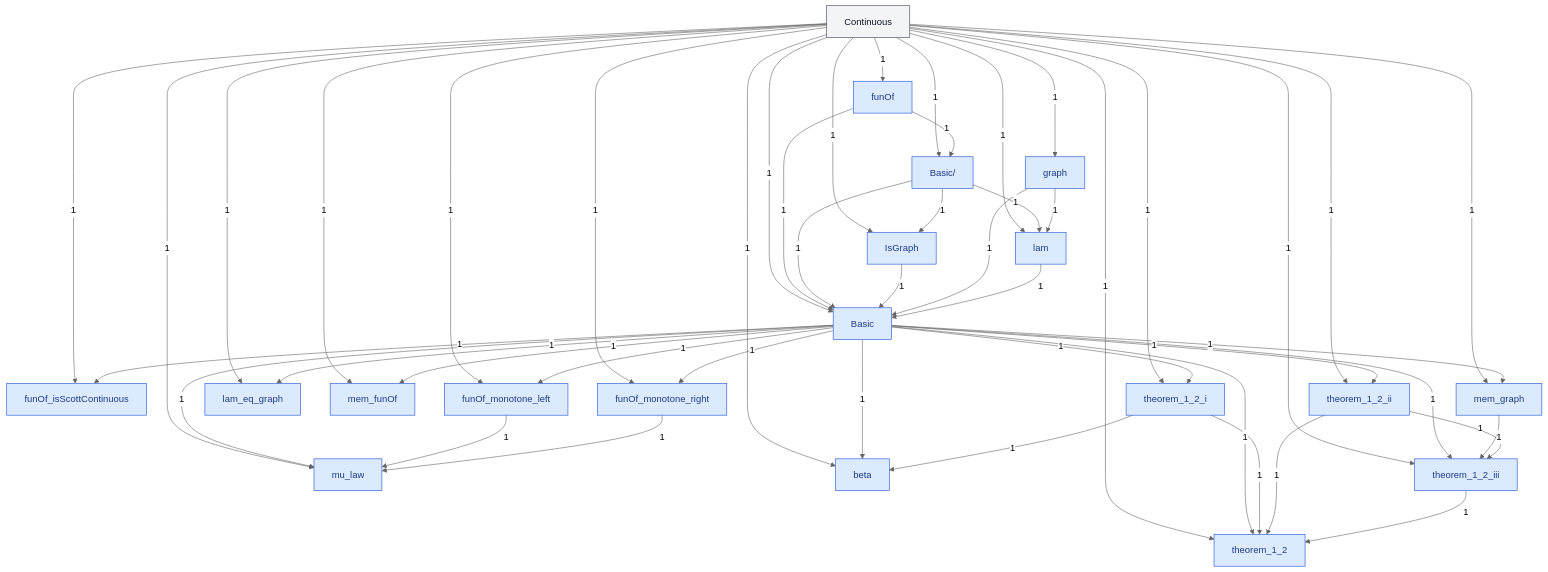
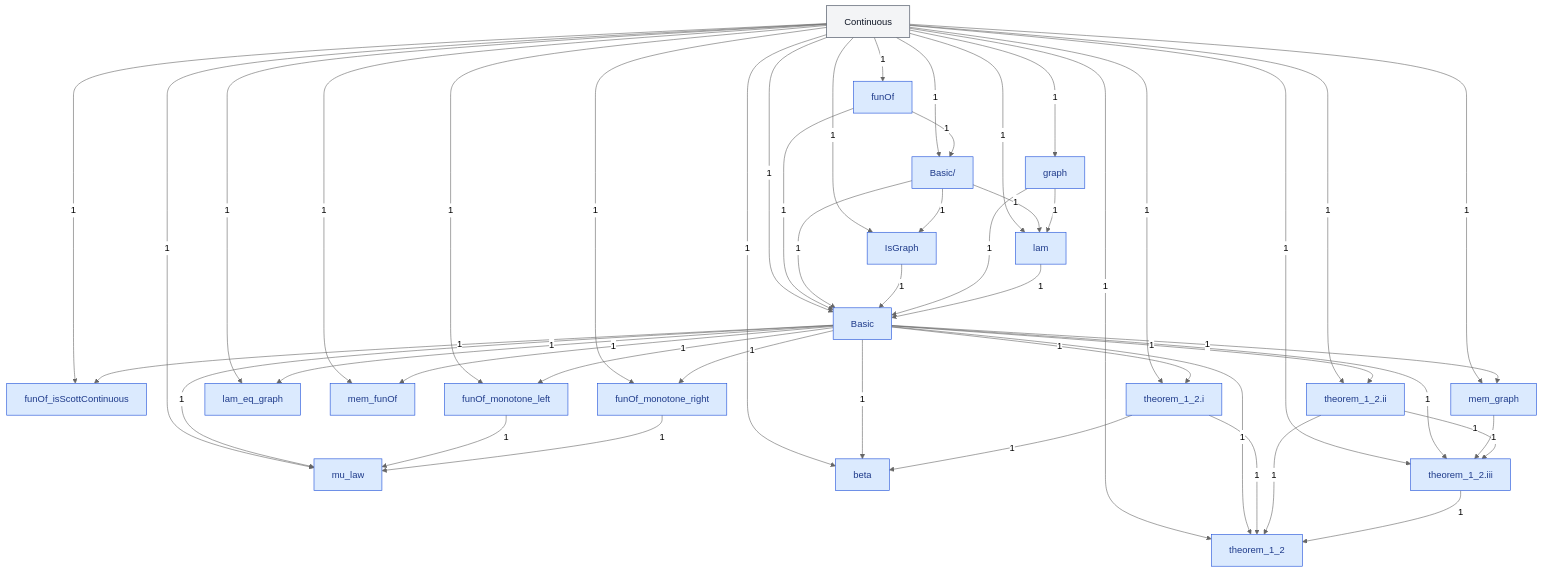
Before and after one commit to catskillsresearch/DomainTheory: the diagram in DomainTheory/DataTypesAsLattices/Graph/Graph.mermaid, drawn with Mermaid (neutral theme). The commit also changed 416 other files, not shown here.

```diff
--- a/DomainTheory/DataTypesAsLattices/Graph/Graph.mermaid
+++ b/DomainTheory/DataTypesAsLattices/Graph/Graph.mermaid
@@ -1,94 +1,94 @@
 %% Inside Graph. A box is one Lean file in this folder, or one subfolder.
 %% A box named as another folder is that whole folder. A box named as another chapter is that whole chapter.
 %% The arrowhead points at the file or folder that imports. The label is how many direct imports.
 flowchart TB
   N0["Continuous"]
   N1["funOf"]
   N2["Basic/"]
   N3["IsGraph"]
   N4["graph"]
   N5["lam"]
   N6["Basic"]
   N7["funOf_isScottContinuous"]
   N8["funOf_monotone_left"]
   N9["funOf_monotone_right"]
   N10["lam_eq_graph"]
   N11["mem_funOf"]
   N12["mem_graph"]
   N13["mu_law"]
-  N14["theorem_1_2_i"]
+  N14["theorem_1_2.i"]
   N15["beta"]
-  N16["theorem_1_2_ii"]
-  N17["theorem_1_2_iii"]
+  N16["theorem_1_2.ii"]
+  N17["theorem_1_2.iii"]
   N18["theorem_1_2"]
 
   N0 -->|"1"| N1
   N0 -->|"1"| N2
   N1 -->|"1"| N2
   N0 -->|"1"| N3
   N2 -->|"1"| N3
   N0 -->|"1"| N4
   N0 -->|"1"| N5
   N2 -->|"1"| N5
   N4 -->|"1"| N5
   N0 -->|"1"| N6
   N1 -->|"1"| N6
   N2 -->|"1"| N6
   N3 -->|"1"| N6
   N4 -->|"1"| N6
   N5 -->|"1"| N6
   N0 -->|"1"| N7
   N6 -->|"1"| N7
   N0 -->|"1"| N8
   N6 -->|"1"| N8
   N0 -->|"1"| N9
   N6 -->|"1"| N9
   N0 -->|"1"| N10
   N6 -->|"1"| N10
   N0 -->|"1"| N11
   N6 -->|"1"| N11
   N0 -->|"1"| N12
   N6 -->|"1"| N12
   N0 -->|"1"| N13
   N6 -->|"1"| N13
   N8 -->|"1"| N13
   N9 -->|"1"| N13
   N0 -->|"1"| N14
   N6 -->|"1"| N14
   N0 -->|"1"| N15
   N6 -->|"1"| N15
   N14 -->|"1"| N15
   N0 -->|"1"| N16
   N6 -->|"1"| N16
   N0 -->|"1"| N17
   N6 -->|"1"| N17
   N12 -->|"1"| N17
   N16 -->|"1"| N17
   N0 -->|"1"| N18
   N6 -->|"1"| N18
   N14 -->|"1"| N18
   N16 -->|"1"| N18
   N17 -->|"1"| N18
 
   classDef file fill:#dbeafe,stroke:#1d4ed8,color:#1e3a8a
   classDef ext fill:#f3f4f6,stroke:#374151,color:#111827
 
   class N0 ext
   class N1 file
   class N2 file
   class N3 file
   class N4 file
   class N5 file
   class N6 file
   class N7 file
   class N8 file
   class N9 file
   class N10 file
   class N11 file
   class N12 file
   class N13 file
   class N14 file
   class N15 file
   class N16 file
   class N17 file
   class N18 file
```
